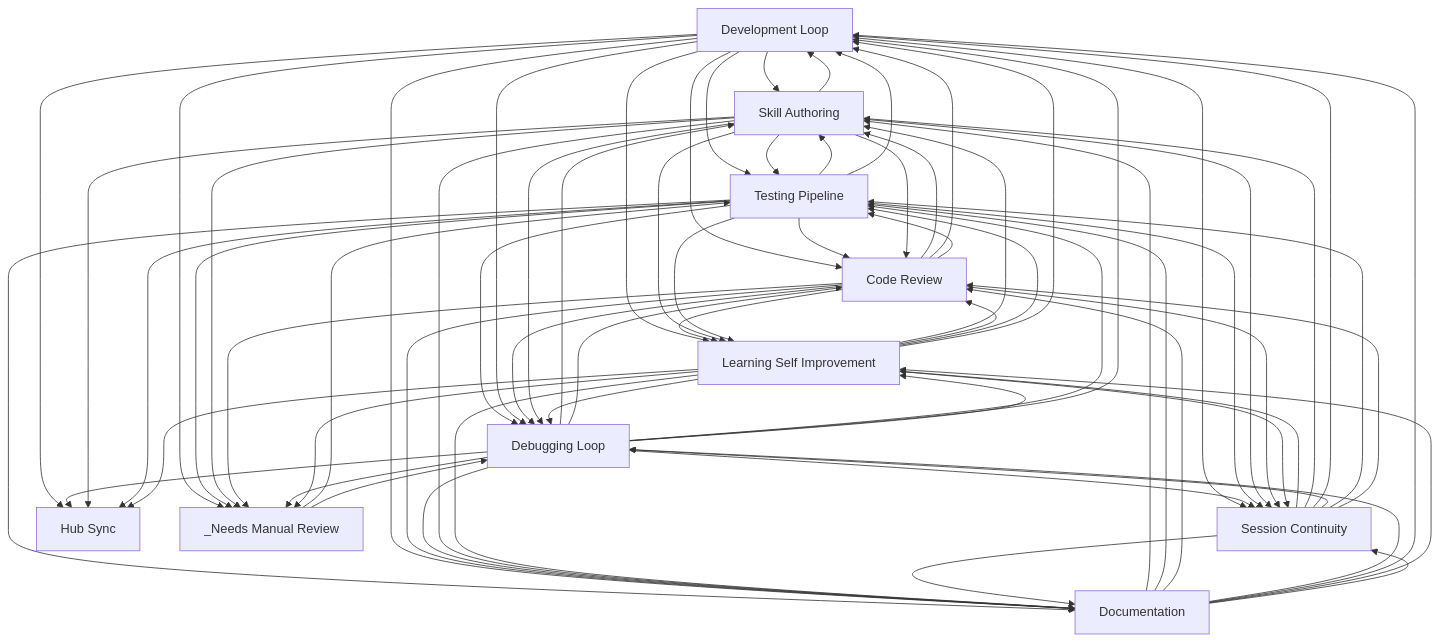
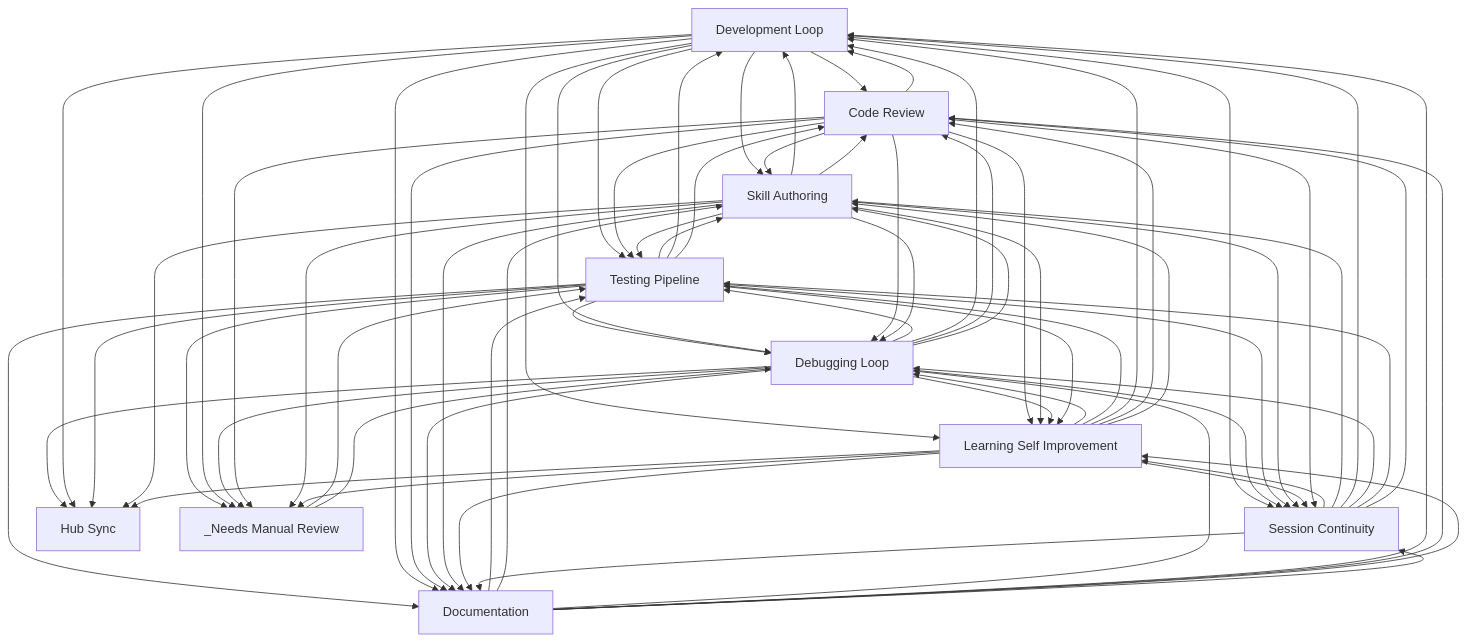
Before and after one commit to abhayla/claude-best-practices: the diagram in docs/workflows/INDEX.md, drawn with Mermaid. The commit also changed other lines of this file and 12 other files, not shown here.

````diff
--- a/docs/workflows/INDEX.md
+++ b/docs/workflows/INDEX.md
@@ -22,82 +22,82 @@
 ```mermaid
 graph TD
     development_loop[Development Loop]
     testing_pipeline[Testing Pipeline]
     debugging_loop[Debugging Loop]
     learning_self_improvement[Learning Self Improvement]
     session_continuity[Session Continuity]
     skill_authoring[Skill Authoring]
     code_review[Code Review]
     documentation[Documentation]
     hub_sync[Hub Sync]
     _needs_manual_review[_Needs Manual Review]
+    documentation --> testing_pipeline
     documentation --> skill_authoring
-    documentation --> testing_pipeline
+    development_loop --> code_review
     development_loop --> skill_authoring
-    development_loop --> code_review
+    code_review --> development_loop
     code_review --> skill_authoring
-    code_review --> development_loop
+    development_loop --> learning_self_improvement
     development_loop --> testing_pipeline
-    development_loop --> learning_self_improvement
+    code_review --> learning_self_improvement
     code_review --> testing_pipeline
-    code_review --> learning_self_improvement
+    testing_pipeline --> skill_authoring
     skill_authoring --> testing_pipeline
-    testing_pipeline --> skill_authoring
-    testing_pipeline --> code_review
     testing_pipeline --> debugging_loop
     testing_pipeline --> development_loop
+    testing_pipeline --> code_review
     testing_pipeline --> documentation
-    debugging_loop --> skill_authoring
-    debugging_loop --> code_review
     debugging_loop --> testing_pipeline
     debugging_loop --> development_loop
+    debugging_loop --> code_review
+    debugging_loop --> skill_authoring
     development_loop --> debugging_loop
     development_loop --> documentation
     skill_authoring --> development_loop
     skill_authoring --> code_review
     skill_authoring --> learning_self_improvement
+    testing_pipeline --> _needs_manual_review
     development_loop --> _needs_manual_review
-    testing_pipeline --> _needs_manual_review
-    documentation --> code_review
     documentation --> debugging_loop
     documentation --> development_loop
+    documentation --> code_review
     code_review --> debugging_loop
     code_review --> documentation
     session_continuity --> learning_self_improvement
     development_loop --> session_continuity
     _needs_manual_review --> testing_pipeline
+    debugging_loop --> learning_self_improvement
     debugging_loop --> session_continuity
-    debugging_loop --> learning_self_improvement
+    testing_pipeline --> learning_self_improvement
     testing_pipeline --> session_continuity
-    testing_pipeline --> learning_self_improvement
     debugging_loop --> documentation
     documentation --> learning_self_improvement
     skill_authoring --> session_continuity
     skill_authoring --> debugging_loop
     _needs_manual_review --> debugging_loop
-    learning_self_improvement --> skill_authoring
-    learning_self_improvement --> code_review
     learning_self_improvement --> debugging_loop
     learning_self_improvement --> testing_pipeline
     learning_self_improvement --> development_loop
+    learning_self_improvement --> code_review
+    learning_self_improvement --> skill_authoring
+    debugging_loop --> hub_sync
     development_loop --> hub_sync
-    debugging_loop --> hub_sync
+    debugging_loop --> _needs_manual_review
+    code_review --> _needs_manual_review
     skill_authoring --> _needs_manual_review
-    code_review --> _needs_manual_review
-    debugging_loop --> _needs_manual_review
     skill_authoring --> documentation
+    learning_self_improvement --> session_continuity
     code_review --> session_continuity
-    learning_self_improvement --> session_continuity
     session_continuity --> skill_authoring
     learning_self_improvement --> documentation
     session_continuity --> development_loop
     session_continuity --> debugging_loop
     session_continuity --> testing_pipeline
     session_continuity --> code_review
     session_continuity --> documentation
+    testing_pipeline --> hub_sync
     skill_authoring --> hub_sync
-    testing_pipeline --> hub_sync
     learning_self_improvement --> hub_sync
     learning_self_improvement --> _needs_manual_review
     documentation --> session_continuity
 ```
````
